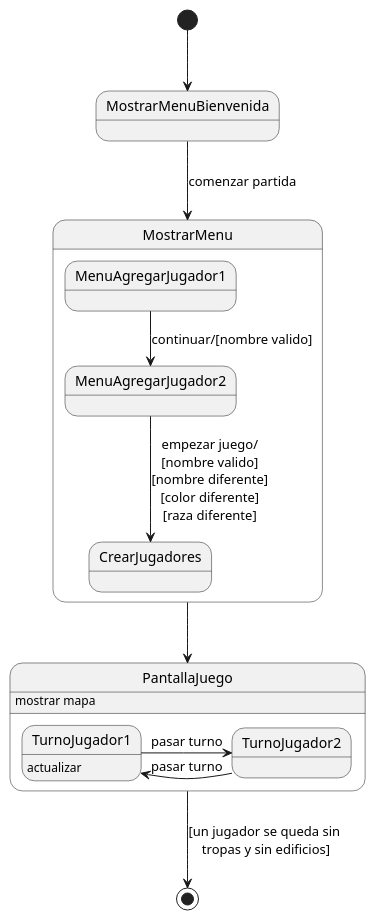
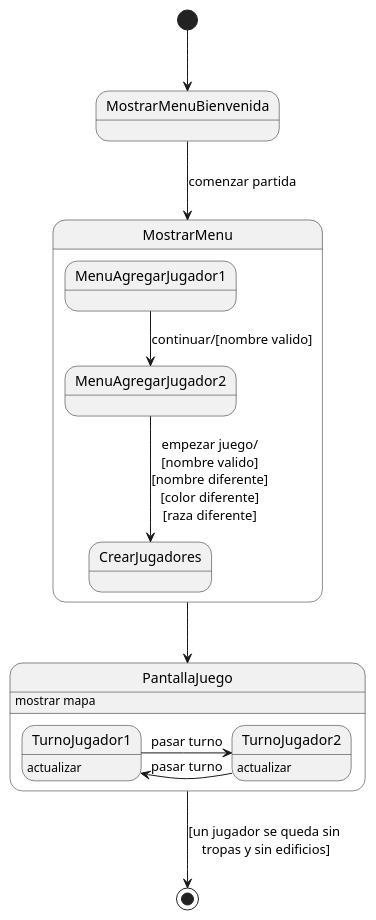
Before and after one commit to LucasMBarrientos/algo3_tp2: the diagram in diagrams/Modelo/estados/digramaDeEstados.puml, drawn with PlantUML. The commit also changed 2 other files, not shown here.

```diff
--- a/diagrams/Modelo/estados/digramaDeEstados.puml
+++ b/diagrams/Modelo/estados/digramaDeEstados.puml
@@ -1,28 +1,31 @@
 @startuml
 state PantallaJuego
 state MostrarMenu{
 MenuAgregarJugador1 --> MenuAgregarJugador2 :continuar/[nombre valido]
 MenuAgregarJugador2 --> CrearJugadores :empezar juego/\n[nombre valido]\n[nombre diferente]\n[color diferente]\n[raza diferente]
 
 
 }
 [*] --> MostrarMenuBienvenida
 
 MostrarMenuBienvenida --> MostrarMenu : comenzar partida
 'MostrarMenuBienvenida -> [*] : salir
 MostrarMenu --> PantallaJuego
 state PantallaJuego{
 PantallaJuego: mostrar mapa
 TurnoJugador1 -> TurnoJugador2 :pasar turno
 TurnoJugador1 <- TurnoJugador2 :pasar turno
 state TurnoJugador1{
 TurnoJugador1 :actualizar
 }
+state TurnoJugador2{
+TurnoJugador2 :actualizar
+}
 
 
 }
 PantallaJuego --> [*] : [un jugador se queda sin \ntropas y sin edificios]
 
 
 
 @enduml
```
